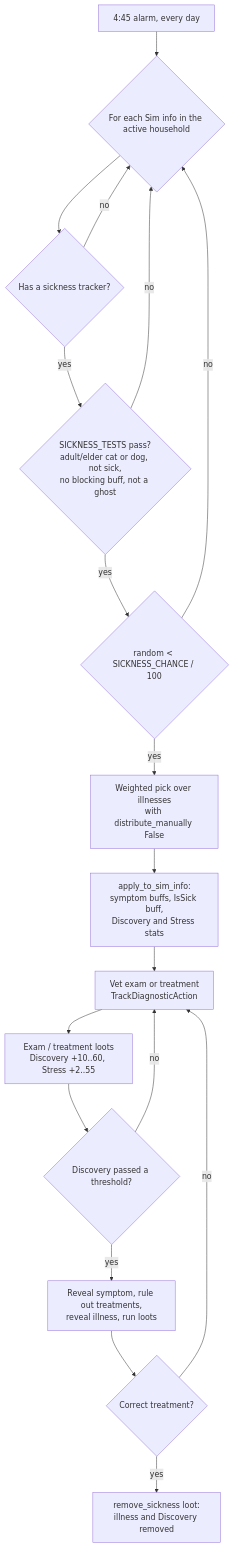
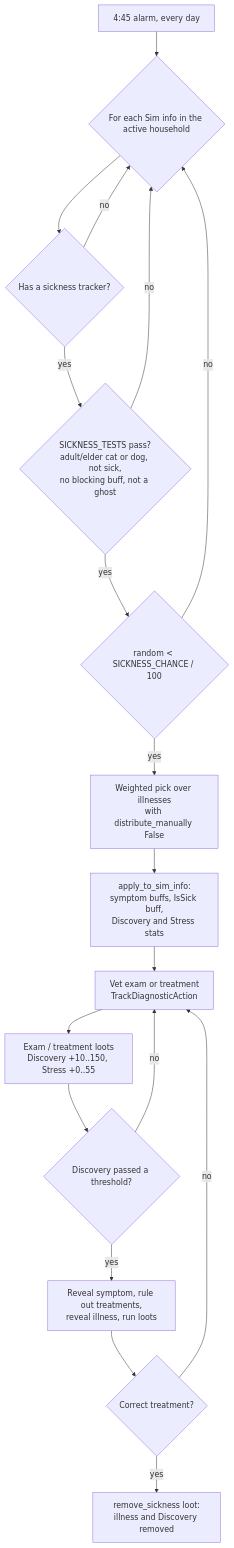
Before and after one commit to sudo-ezekiel/how-the-sims-4-works: the first of 3 diagrams in src/3.13-health-luck-fame.md, drawn with Mermaid. The commit also changed other lines of this file and 60 other files, not shown here.

````diff
--- a/src/3.13-health-luck-fame.md
+++ b/src/3.13-health-luck-fame.md
@@ -56,20 +56,20 @@
 ```mermaid
 flowchart TD
     A[4:45 alarm, every day] --> B{For each Sim info in the active household}
     B --> C{Has a sickness tracker?}
     C -- no --> B
     C -- yes --> D{SICKNESS_TESTS pass?<br/>adult/elder cat or dog, not sick,<br/>no blocking buff, not a ghost}
     D -- no --> B
     D -- yes --> E{random < SICKNESS_CHANCE / 100}
     E -- no --> B
     E -- yes --> F[Weighted pick over illnesses<br/>with distribute_manually False]
     F --> G[apply_to_sim_info:<br/>symptom buffs, IsSick buff,<br/>Discovery and Stress stats]
     G --> H[Vet exam or treatment<br/>TrackDiagnosticAction]
-    H --> I[Exam / treatment loots<br/>Discovery +10..60, Stress +2..55]
+    H --> I[Exam / treatment loots<br/>Discovery +10..150, Stress +0..55]
     I --> J{Discovery passed a threshold?}
     J -- yes --> K[Reveal symptom, rule out treatments,<br/>reveal illness, run loots]
     J -- no --> H
     K --> L{Correct treatment?}
     L -- yes --> M[remove_sickness loot:<br/>illness and Discovery removed]
     L -- no --> H
 ```
````
